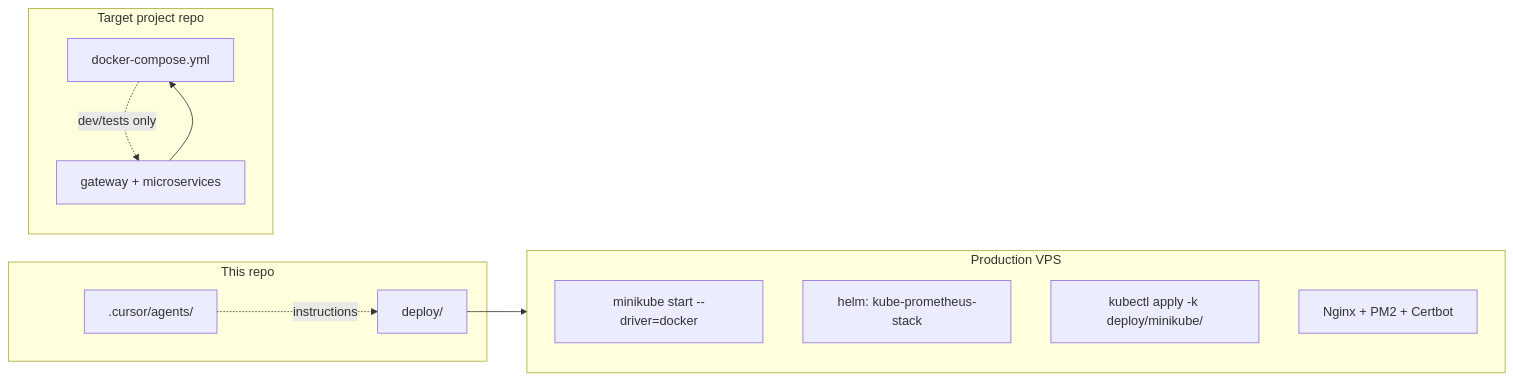
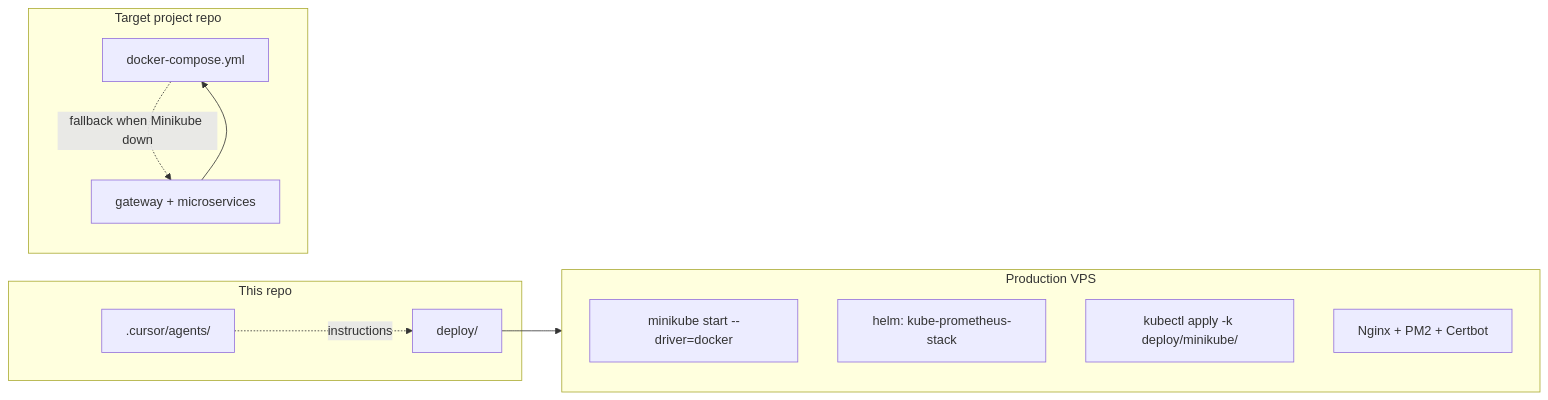
Before and after one commit to Raghavendrareddyn04/cursor-agents: the diagram in DEPLOY-ASSETS.md, drawn with Mermaid. The commit also changed other lines of this file and 17 other files, not shown here.

````diff
--- a/DEPLOY-ASSETS.md
+++ b/DEPLOY-ASSETS.md
@@ -15,21 +15,21 @@
 ```mermaid
 flowchart LR
   subgraph agentsRepo ["This repo"]
     DeployFolder["deploy/"]
     CursorAgents[".cursor/agents/"]
   end
   subgraph appRepo ["Target project repo"]
     Compose["docker-compose.yml"]
     Backend["gateway + microservices"]
   end
   subgraph vps ["Production VPS"]
     MK["minikube start --driver=docker"]
     Helm["helm: kube-prometheus-stack"]
     K8s["kubectl apply -k deploy/minikube/"]
     Edge["Nginx + PM2 + Certbot"]
   end
   CursorAgents -.instructions.-> DeployFolder
   DeployFolder --> vps
   Backend --> Compose
-  Compose -.dev/tests only.-> Backend
+  Compose -.fallback when Minikube down.-> Backend
 ```
````
